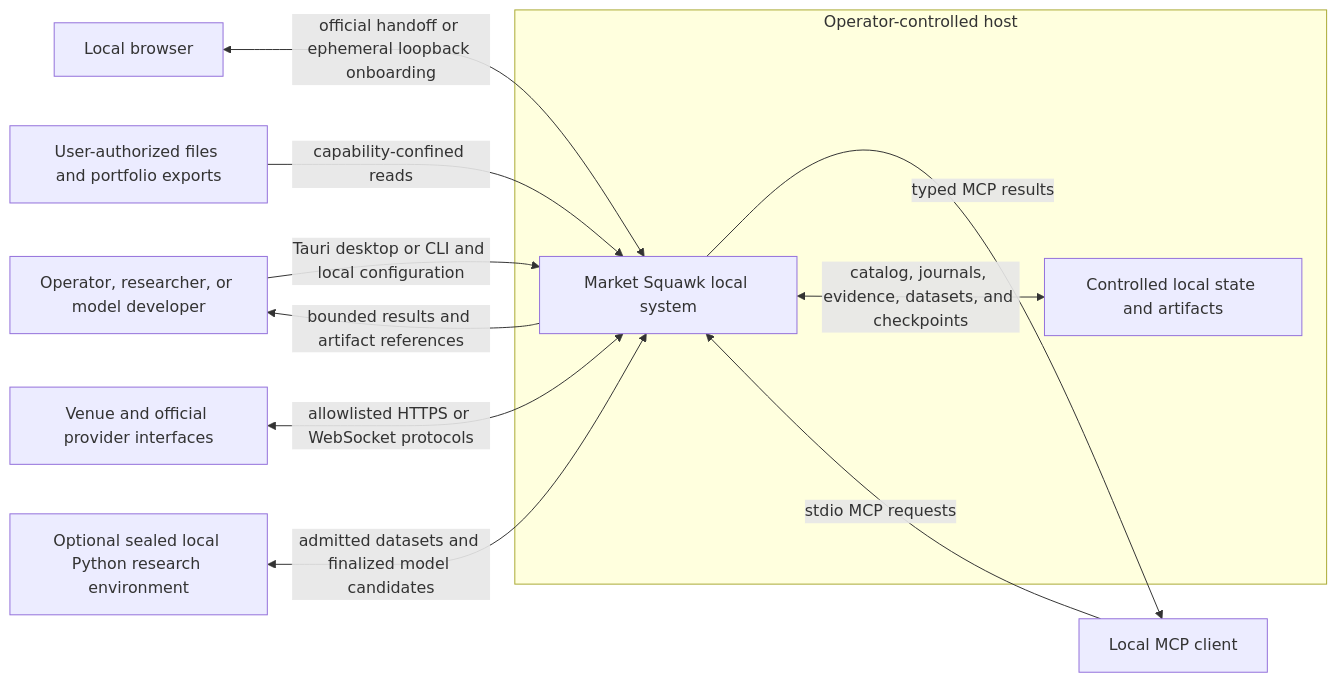
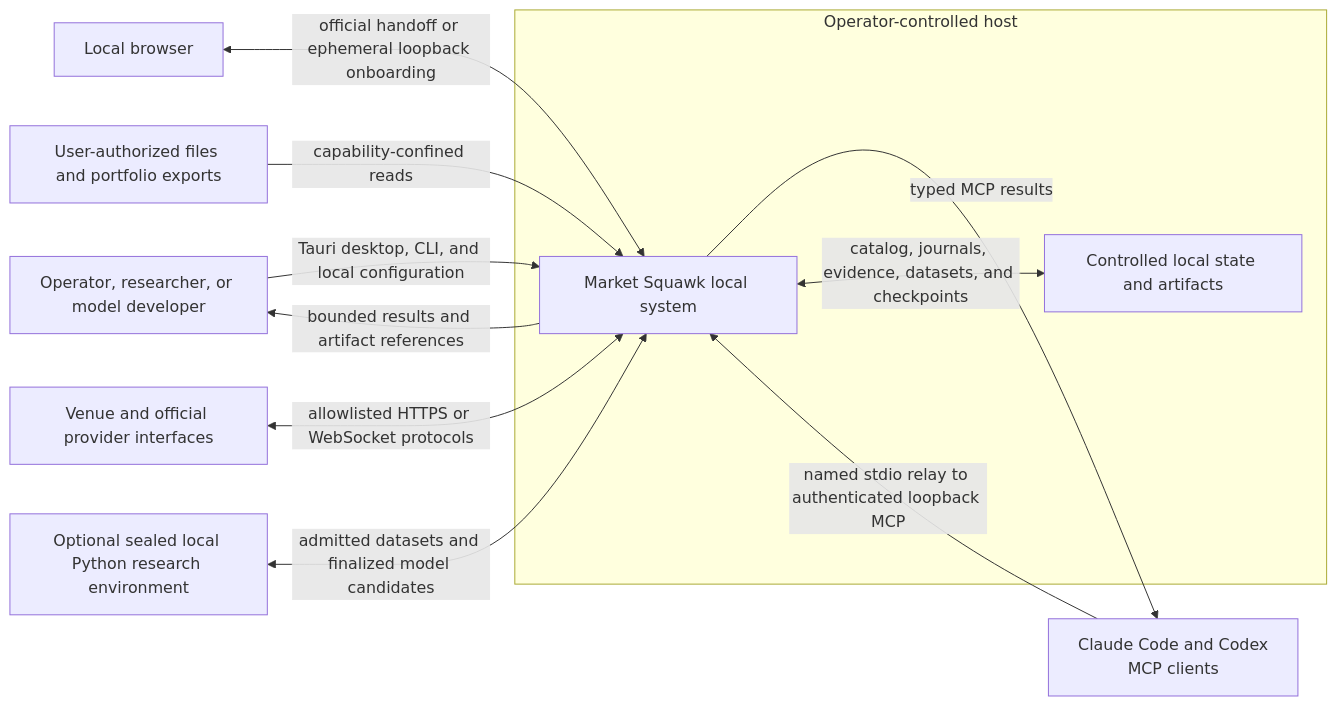
One commit to Sawmonabo/market-squawk changed the first of 2 diagrams in docs/architecture/overview.md. Above: the diagram before and after it, drawn with Mermaid. The commit also changed other lines of this file and 22 other files, not shown here.

````diff
--- a/docs/architecture/overview.md
+++ b/docs/architecture/overview.md
@@ -96,24 +97,24 @@
 ```mermaid
 flowchart LR
     Operator["Operator, researcher, or model developer"]
-    McpClient["Local MCP client"]
+    McpClients["Claude Code and Codex\nMCP clients"]
     Browser["Local browser"]
     Files["User-authorized files and portfolio exports"]
     Providers["Venue and official provider interfaces"]
     Python["Optional sealed local Python research environment"]
 
     subgraph Host["Operator-controlled host"]
         MarketSquawk["Market Squawk local system"]
         LocalState["Controlled local state and artifacts"]
     end
 
-    Operator -->|"Tauri desktop or CLI and local configuration"| MarketSquawk
-    McpClient -->|"stdio MCP requests"| MarketSquawk
+    Operator -->|"Tauri desktop, CLI, and local configuration"| MarketSquawk
+    McpClients -->|"named stdio relay to authenticated loopback MCP"| MarketSquawk
     MarketSquawk -->|"bounded results and artifact references"| Operator
-    MarketSquawk -->|"typed MCP results"| McpClient
+    MarketSquawk -->|"typed MCP results"| McpClients
     Browser <-->|"official handoff or ephemeral loopback onboarding"| MarketSquawk
     Files -->|"capability-confined reads"| MarketSquawk
     Providers <-->|"allowlisted HTTPS or WebSocket protocols"| MarketSquawk
     Python <-->|"admitted datasets and finalized model candidates"| MarketSquawk
     MarketSquawk <-->|"catalog, journals, evidence, datasets, and checkpoints"| LocalState
 ```
````
